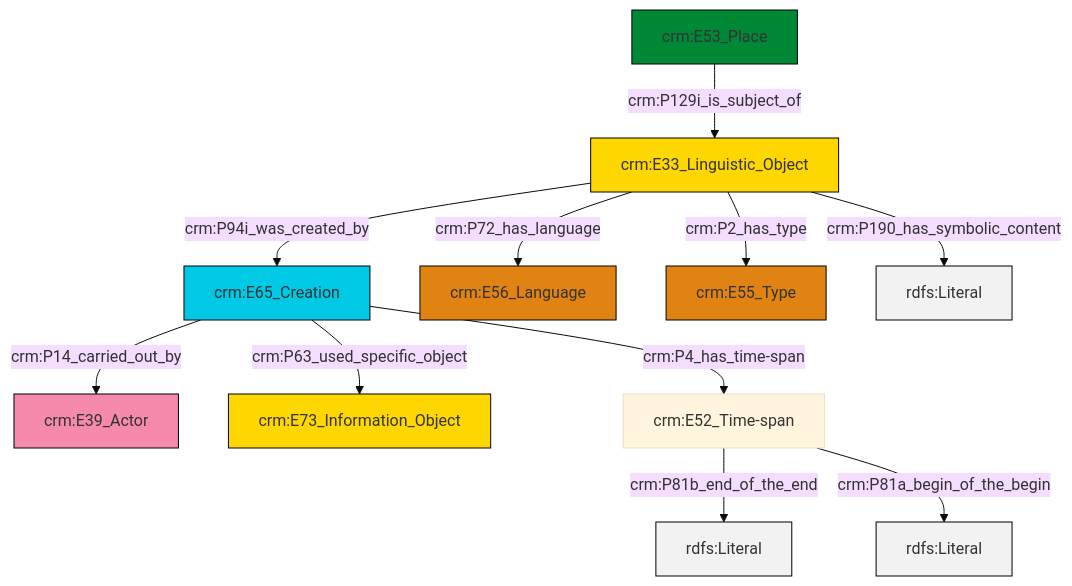
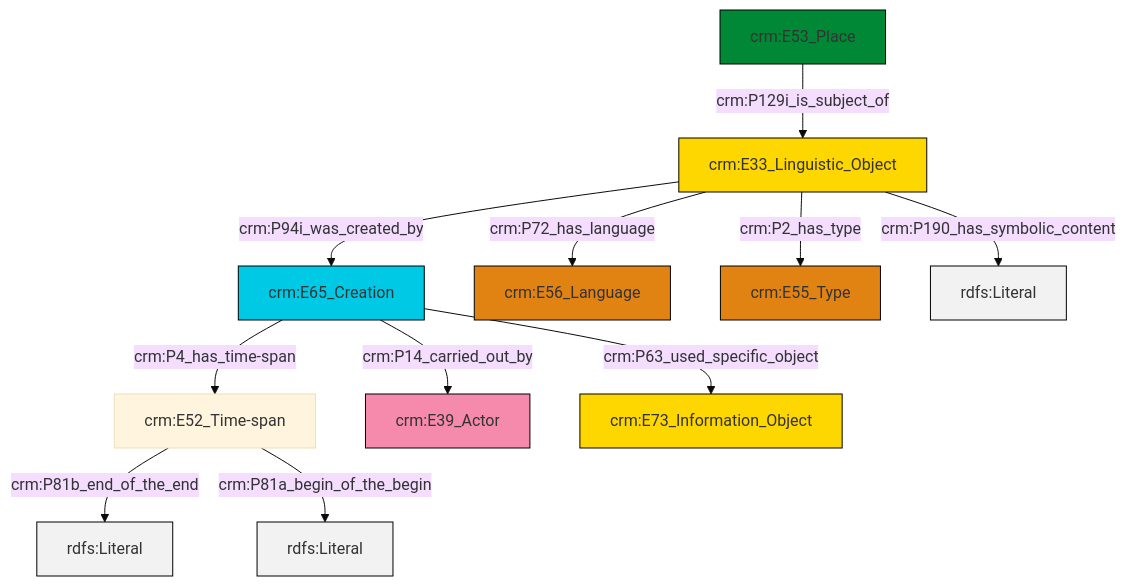
The diagram in et/placeCSV/ttl/mmd/place_description.ttl.mmd (swiss-art-research-net/reference-data-models), drawn with Mermaid (base theme) before and after one commit. The commit also changed 128 other files, not shown here.

```diff
--- a/et/placeCSV/ttl/mmd/place_description.ttl.mmd
+++ b/et/placeCSV/ttl/mmd/place_description.ttl.mmd
@@ -1,25 +1,25 @@
 graph TD
 classDef Literal fill:#f2f2f2,stroke:#000000;
 classDef CRM_Entity fill:#FFFFFF,stroke:#000000;
 classDef Temporal_Entity fill:#00C9E6, stroke:#000000;
 classDef Type fill:#E18312, stroke:#000000;
 classDef Time-Span fill:#2C9C91, stroke:#000000;
 classDef Appellation fill:#FFEB7F, stroke:#000000;
 classDef Place fill:#008836, stroke:#000000;
 classDef Persistent_Item fill:#B266B2, stroke:#000000;
 classDef Conceptual_Object fill:#FFD700, stroke:#000000;
 classDef Physical_Thing fill:#D2B48C, stroke:#000000;
 classDef Actor fill:#f58aad, stroke:#000000;
 classDef PC_Classes fill:#4ce600, stroke:#000000;
 classDef Multi fill:#cccccc,stroke:#000000;
 
-2["crm:E65_Creation"]:::Temporal_Entity -->|crm:P63_used_specific_object| 3["crm:E73_Information_Object"]:::Conceptual_Object
-8["crm:E33_Linguistic_Object"]:::Conceptual_Object -->|crm:P2_has_type| 6["crm:E55_Type"]:::Type
-8["crm:E33_Linguistic_Object"]:::Conceptual_Object -->|crm:P190_has_symbolic_content| 9[rdfs:Literal]:::Literal
-8["crm:E33_Linguistic_Object"]:::Conceptual_Object -->|crm:P94i_was_created_by| 2["crm:E65_Creation"]:::Temporal_Entity
-11["crm:E53_Place"]:::Place -->|crm:P129i_is_subject_of| 8["crm:E33_Linguistic_Object"]:::Conceptual_Object
-8["crm:E33_Linguistic_Object"]:::Conceptual_Object -->|crm:P72_has_language| 4["crm:E56_Language"]:::Type
-12["crm:E52_Time-span"]:::Default -->|crm:P81b_end_of_the_end| 13[rdfs:Literal]:::Literal
-12["crm:E52_Time-span"]:::Default -->|crm:P81a_begin_of_the_begin| 15[rdfs:Literal]:::Literal
-2["crm:E65_Creation"]:::Temporal_Entity -->|crm:P14_carried_out_by| 0["crm:E39_Actor"]:::Actor
-2["crm:E65_Creation"]:::Temporal_Entity -->|crm:P4_has_time-span| 12["crm:E52_Time-span"]:::Default
+2["crm:E65_Creation"]:::Temporal_Entity -->|crm:P4_has_time-span| 3["crm:E52_Time-span"]:::Default
+2["crm:E65_Creation"]:::Temporal_Entity -->|crm:P14_carried_out_by| 4["crm:E39_Actor"]:::Actor
+3["crm:E52_Time-span"]:::Default -->|crm:P81b_end_of_the_end| 11[rdfs:Literal]:::Literal
+13["crm:E53_Place"]:::Place -->|crm:P129i_is_subject_of| 0["crm:E33_Linguistic_Object"]:::Conceptual_Object
+0["crm:E33_Linguistic_Object"]:::Conceptual_Object -->|crm:P94i_was_created_by| 2["crm:E65_Creation"]:::Temporal_Entity
+0["crm:E33_Linguistic_Object"]:::Conceptual_Object -->|crm:P2_has_type| 15["crm:E55_Type"]:::Type
+0["crm:E33_Linguistic_Object"]:::Conceptual_Object -->|crm:P72_has_language| 9["crm:E56_Language"]:::Type
+3["crm:E52_Time-span"]:::Default -->|crm:P81a_begin_of_the_begin| 17[rdfs:Literal]:::Literal
+2["crm:E65_Creation"]:::Temporal_Entity -->|crm:P63_used_specific_object| 7["crm:E73_Information_Object"]:::Conceptual_Object
+0["crm:E33_Linguistic_Object"]:::Conceptual_Object -->|crm:P190_has_symbolic_content| 18[rdfs:Literal]:::Literal
```
